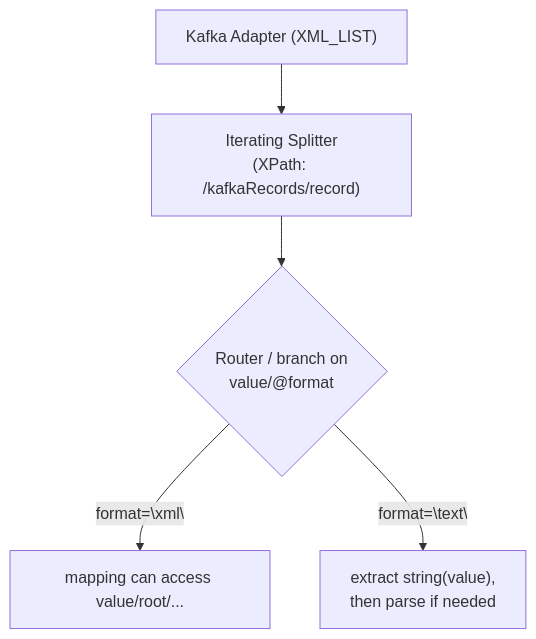
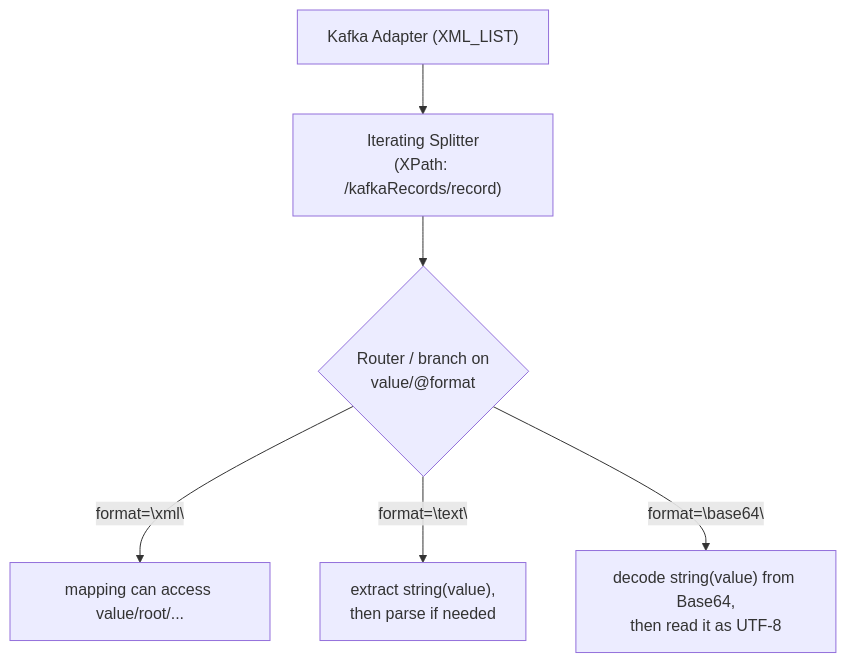
The third of 3 diagrams in docs/features/batch-processing.md (FinkeFlo/cpi-kafka-adapter-plus), drawn with Mermaid before and after one commit. The commit also changed other lines of this file and 9 other files, not shown here.

````diff
--- a/docs/features/batch-processing.md
+++ b/docs/features/batch-processing.md
@@ -432,7 +444,8 @@
 ```mermaid
 flowchart TD
     A["Kafka Adapter (XML_LIST)"] --> B["Iterating Splitter\n(XPath: /kafkaRecords/record)"]
     B --> C{"Router / branch on\nvalue/@format"}
     C -- "format=\"xml\"" --> D["mapping can access value/root/..."]
     C -- "format=\"text\"" --> E["extract string(value),\nthen parse if needed"]
+    C -- "format=\"base64\"" --> F["decode string(value) from Base64,\nthen read it as UTF-8"]
 ```
````
